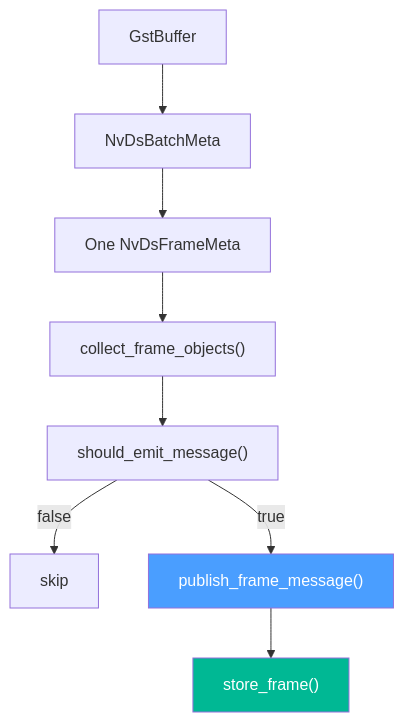
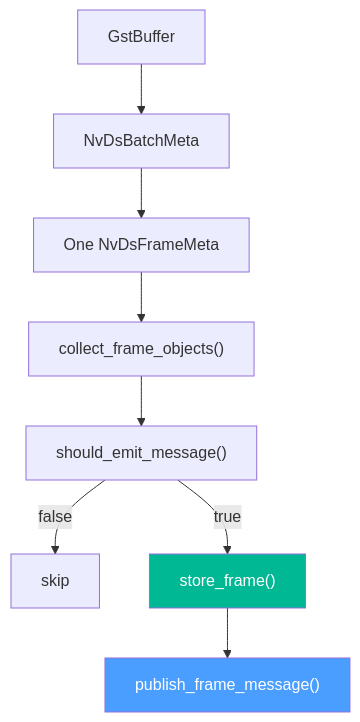
The second of 3 diagrams in docs/architecture/probes/frame_events_probe_handler.md (nam278/vms-engine), drawn with Mermaid before and after one commit. The commit also changed other lines of this file and 9 other files, not shown here.

````diff
--- a/docs/architecture/probes/frame_events_probe_handler.md
+++ b/docs/architecture/probes/frame_events_probe_handler.md
@@ -183,13 +183,13 @@
 ```mermaid
 flowchart TD
     BUF["GstBuffer"] --> META["NvDsBatchMeta"]
     META --> FRAME["One NvDsFrameMeta"]
     FRAME --> COLLECT["collect_frame_objects()"]
     COLLECT --> DECIDE["should_emit_message()"]
     DECIDE -->|false| SKIP["skip"]
-    DECIDE -->|true| PUB["publish_frame_message()"]
-    PUB --> CACHE["store_frame()"]
+    DECIDE -->|true| CACHE["store_frame()"]
+    CACHE --> PUB["publish_frame_message()"]
 
     style PUB fill:#4a9eff,color:#fff
     style CACHE fill:#00b894,color:#fff
 ```
````
